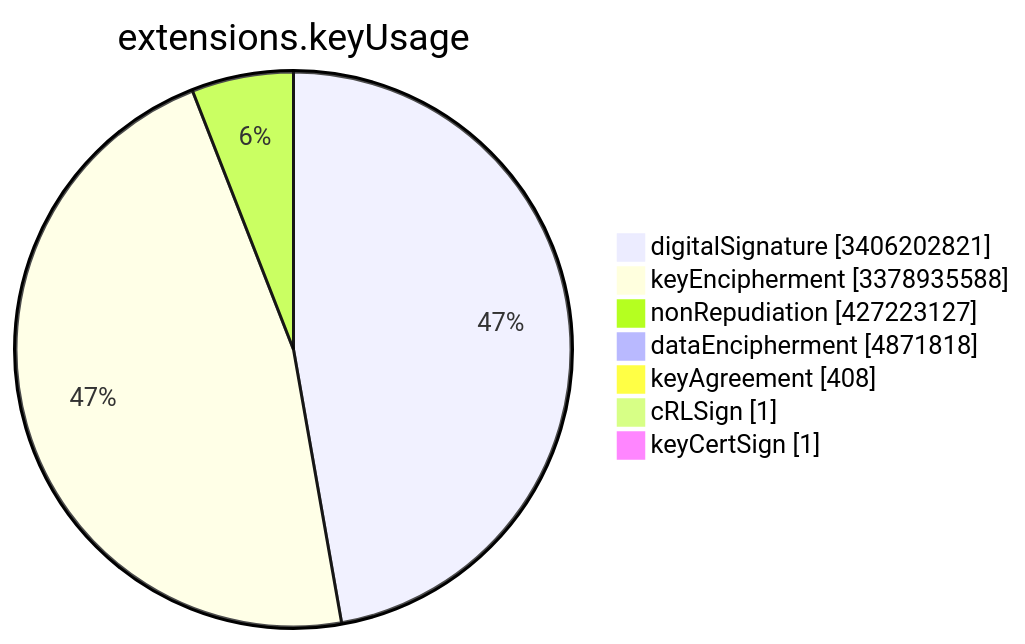
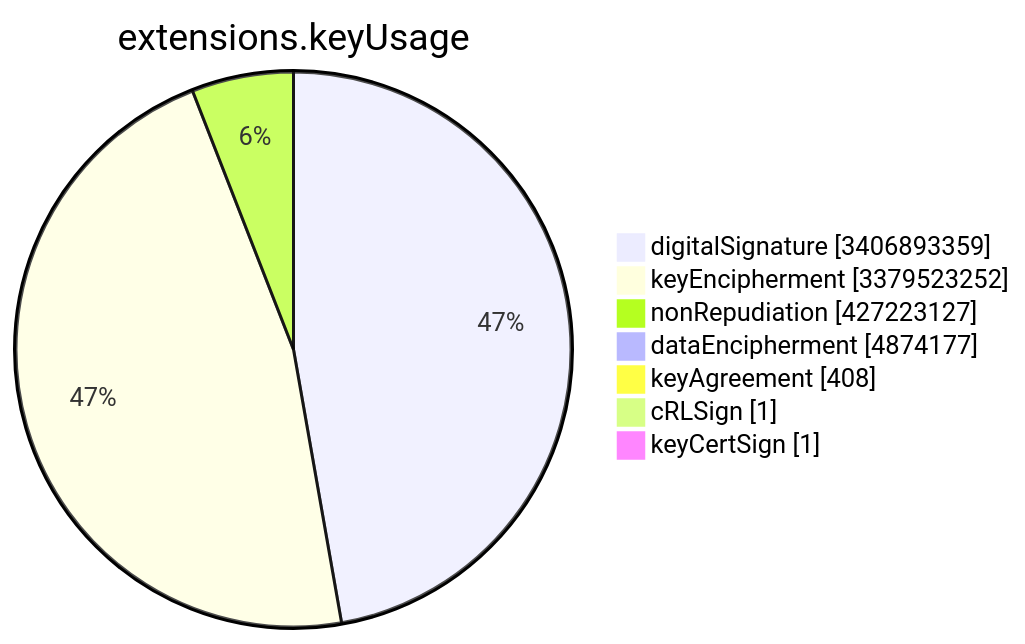
One commit to christiankrug/ctmonitor_visualization changed the sixth of 15 diagrams in TOTAL/README.md. Above: the diagram before and after it, drawn with Mermaid. The commit also changed other lines of this file, not shown here.

````diff
--- a/TOTAL/README.md
+++ b/TOTAL/README.md
@@ -3081,11 +3081,11 @@
 ```mermaid
 pie showData
 title extensions.keyUsage
-"digitalSignature" :3406202821
-"keyEncipherment" :3378935588
+"digitalSignature" :3406893359
+"keyEncipherment" :3379523252
 "nonRepudiation" :427223127
-"dataEncipherment" :4871818
+"dataEncipherment" :4874177
 "keyAgreement" :408
 "cRLSign" :1
 "keyCertSign" :1
 ```
````
